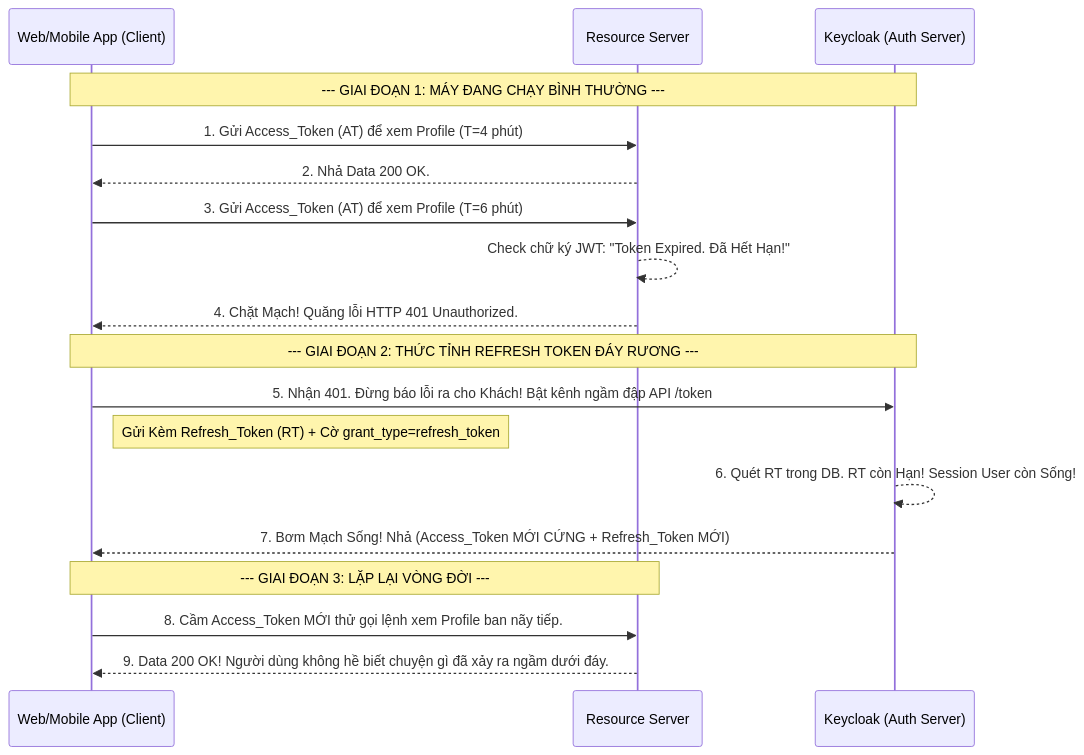
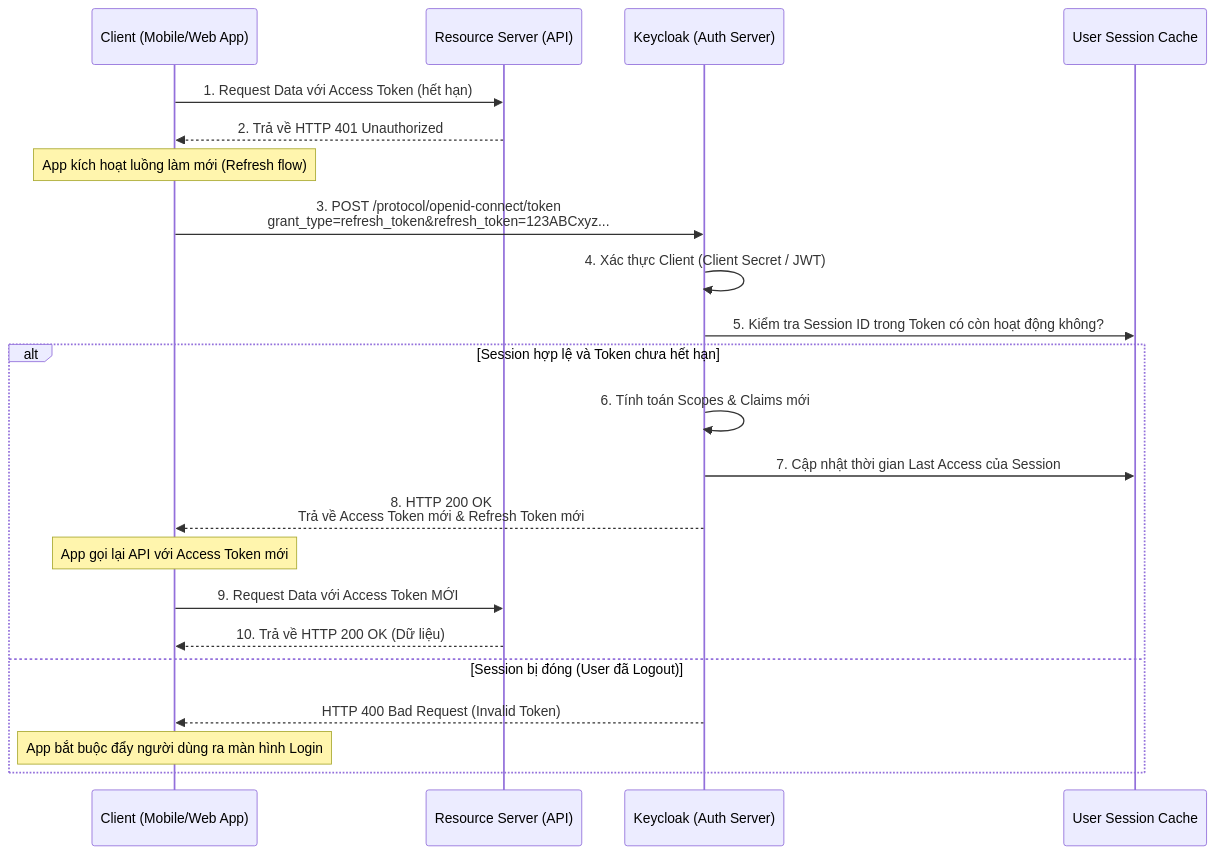
Before and after one commit to Luckyy0/keycloak: the diagram in 15-OAuth2/Module-1-Concepts/Lesson-7-Refresh-Token.md, drawn with Mermaid. The commit also changed other lines of this file and 215 other files, not shown here.

````diff
--- a/15-OAuth2/Module-1-Concepts/Lesson-7-Refresh-Token.md
+++ b/15-OAuth2/Module-1-Concepts/Lesson-7-Refresh-Token.md
@@ -28,25 +22,28 @@
 ```mermaid
 sequenceDiagram
-    participant App as Web/Mobile App (Client)
-    participant API as Resource Server
+    participant App as Client (Mobile/Web App)
+    participant API as Resource Server (API)
     participant KC as Keycloak (Auth Server)
+    participant DB as User Session Cache
 
-    Note over App, KC: --- GIAI ĐOẠN 1: MÁY ĐANG CHẠY BÌNH THƯỜNG ---
-    App->>API: 1. Gửi Access_Token (AT) để xem Profile (T=4 phút)
-    API-->>App: 2. Nhả Data 200 OK.
+    App->>API: 1. Request Data với Access Token (hết hạn)
+    API-->>App: 2. Trả về HTTP 401 Unauthorized
     
-    App->>API: 3. Gửi Access_Token (AT) để xem Profile (T=6 phút)
-    API-->>API: Check chữ ký JWT: "Token Expired. Đã Hết Hạn!"
-    API-->>App: 4. Chặt Mạch! Quăng lỗi HTTP 401 Unauthorized.
+    Note over App: App kích hoạt luồng làm mới (Refresh flow)
+    App->>KC: 3. POST /protocol/openid-connect/token<br>grant_type=refresh_token&refresh_token=123ABCxyz...
     
-    Note over App, KC: --- GIAI ĐOẠN 2: THỨC TỈNH REFRESH TOKEN ĐÁY RƯƠNG ---
-    App->>KC: 5. Nhận 401. Đừng báo lỗi ra cho Khách! Bật kênh ngầm đập API /token
-    Note right of App: Gửi Kèm Refresh_Token (RT) + Cờ grant_type=refresh_token
+    KC->>KC: 4. Xác thực Client (Client Secret / JWT)
+    KC->>DB: 5. Kiểm tra Session ID trong Token có còn hoạt động không?
     
-    KC-->>KC: 6. Quét RT trong DB. RT còn Hạn! Session User còn Sống!
-    KC-->>App: 7. Bơm Mạch Sống! Nhả (Access_Token MỚI CỨNG + Refresh_Token MỚI)
-    
-    Note over App, API: --- GIAI ĐOẠN 3: LẶP LẠI VÒNG ĐỜI ---
-    App->>API: 8. Cầm Access_Token MỚI thử gọi lệnh xem Profile ban nãy tiếp.
-    API-->>App: 9. Data 200 OK! Người dùng không hề biết chuyện gì đã xảy ra ngầm dưới đáy.
+    alt Session hợp lệ và Token chưa hết hạn
+        KC->>KC: 6. Tính toán Scopes & Claims mới
+        KC->>DB: 7. Cập nhật thời gian Last Access của Session
+        KC-->>App: 8. HTTP 200 OK<br>Trả về Access Token mới & Refresh Token mới
+        Note over App: App gọi lại API với Access Token mới
+        App->>API: 9. Request Data với Access Token MỚI
+        API-->>App: 10. Trả về HTTP 200 OK (Dữ liệu)
+    else Session bị đóng (User đã Logout)
+        KC-->>App: HTTP 400 Bad Request (Invalid Token)
+        Note over App: App bắt buộc đẩy người dùng ra màn hình Login
+    end
 ```
````
